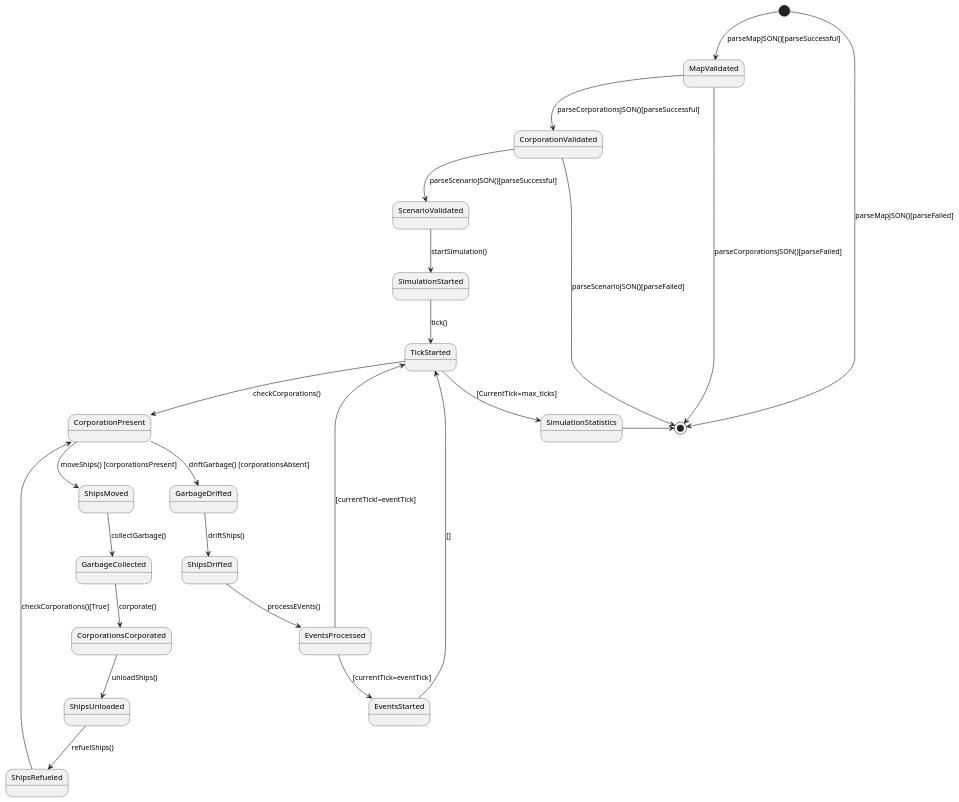
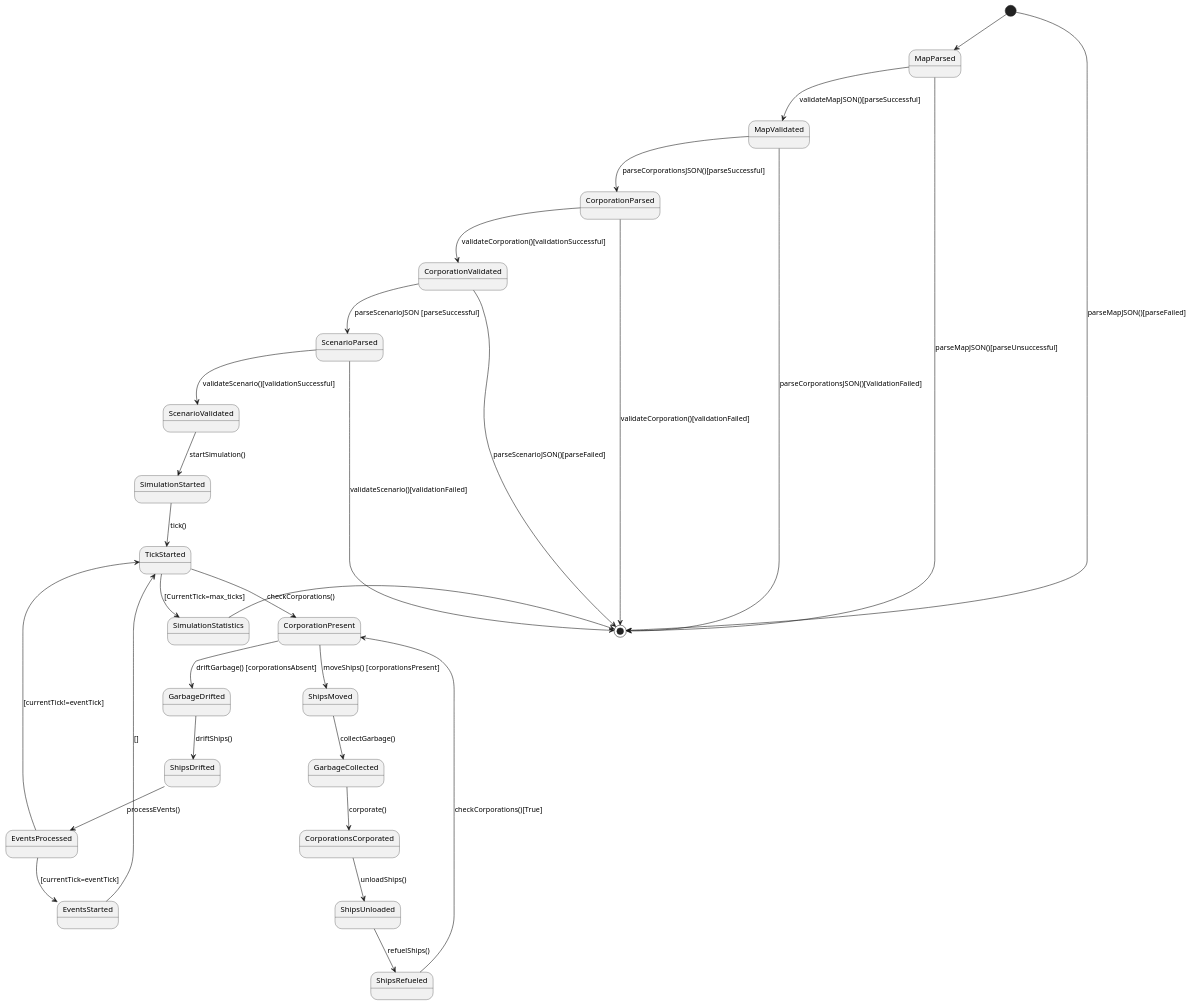
One commit to Atharvakore/Save-The-Saardines changed the diagram in StateDiagram.puml. Above: the diagram before and after it, drawn with PlantUML.

Commit message:
validation state added in state diagram

```diff
--- a/StateDiagram.puml
+++ b/StateDiagram.puml
@@ -1,31 +1,35 @@
 @startuml
-
-[*] --> MapValidated: parseMapJSON()[parseSuccessful]
+[*] --> MapParsed
+MapParsed --> MapValidated: validateMapJSON()[parseSuccessful]
+MapParsed --> [*] : parseMapJSON()[parseUnsuccessful]
 [*] --> [*] : parseMapJSON()[parseFailed]
 
-MapValidated --> CorporationValidated : parseCorporationsJSON()[parseSuccessful]
-MapValidated --> [*] : parseCorporationsJSON()[parseFailed]
-
-CorporationValidated --> ScenarioValidated : parseScenarioJSON()[parseSuccessful]
+MapValidated --> CorporationParsed : parseCorporationsJSON()[parseSuccessful]
+MapValidated --> [*] : parseCorporationsJSON()[ValidationFailed]
+CorporationParsed -->CorporationValidated : validateCorporation()[validationSuccessful]
+CorporationParsed -->[*] : validateCorporation()[validationFailed]
+CorporationValidated --> ScenarioParsed : parseScenarioJSON [parseSuccessful]
+ScenarioParsed --> ScenarioValidated : validateScenario()[validationSuccessful]
+ScenarioParsed --> [*] : validateScenario()[validationFailed]
 CorporationValidated --> [*] : parseScenarioJSON()[parseFailed]
 
 ScenarioValidated--> SimulationStarted : startSimulation()
 
 SimulationStarted --> TickStarted : tick()
 
 TickStarted --> CorporationPresent : checkCorporations()
 CorporationPresent --> ShipsMoved : moveShips() [corporationsPresent]
 ShipsMoved --> GarbageCollected : collectGarbage()
 GarbageCollected --> CorporationsCorporated : corporate()
 CorporationsCorporated --> ShipsUnloaded : unloadShips()
 ShipsUnloaded --> ShipsRefueled : refuelShips()
 ShipsRefueled --> CorporationPresent : checkCorporations()[True]
 CorporationPresent --> GarbageDrifted : driftGarbage() [corporationsAbsent]
 GarbageDrifted --> ShipsDrifted : driftShips()
 ShipsDrifted --> EventsProcessed : processEVents()
 EventsProcessed --> TickStarted : [currentTick!=eventTick]
 EventsProcessed --> EventsStarted : [currentTick=eventTick]
 EventsStarted --> TickStarted : []
 TickStarted --> SimulationStatistics : [CurrentTick=max_ticks]
 SimulationStatistics -> [*]
 @enduml
```
